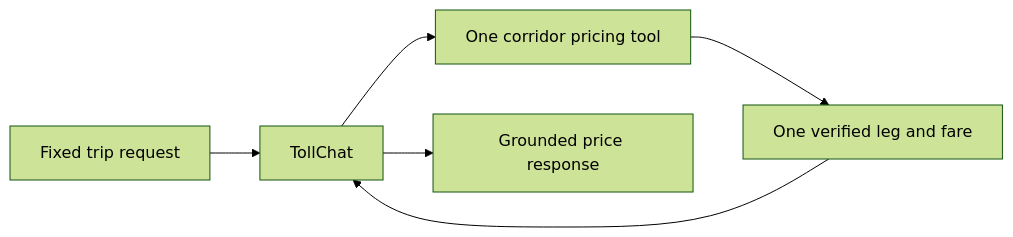
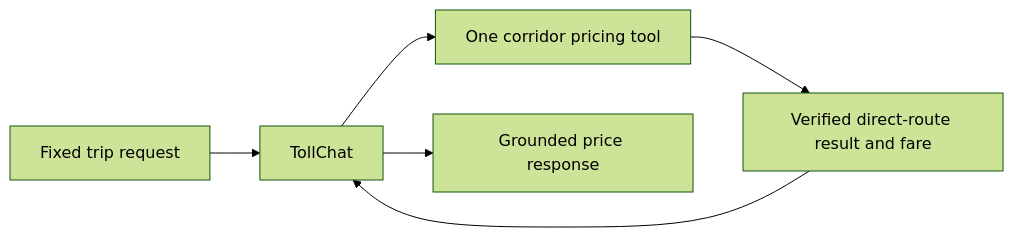
The diagram in eval/deterministic/single_leg_base_cases/eval-plan.md (rhprasad0/nova-toll-budget-agent), drawn with Mermaid (forest theme) before and after one commit. The commit also changed other lines of this file and 5 other files, not shown here.

````diff
--- a/eval/deterministic/single_leg_base_cases/eval-plan.md
+++ b/eval/deterministic/single_leg_base_cases/eval-plan.md
@@ -29,7 +30,7 @@
 ```mermaid
 flowchart LR
     U[Fixed trip request] --> A[TollChat]
     A --> T[One corridor pricing tool]
-    T --> R[One verified leg and fare]
+    T --> R[Verified direct-route result and fare]
     R --> A --> O[Grounded price response]
 ```
````
